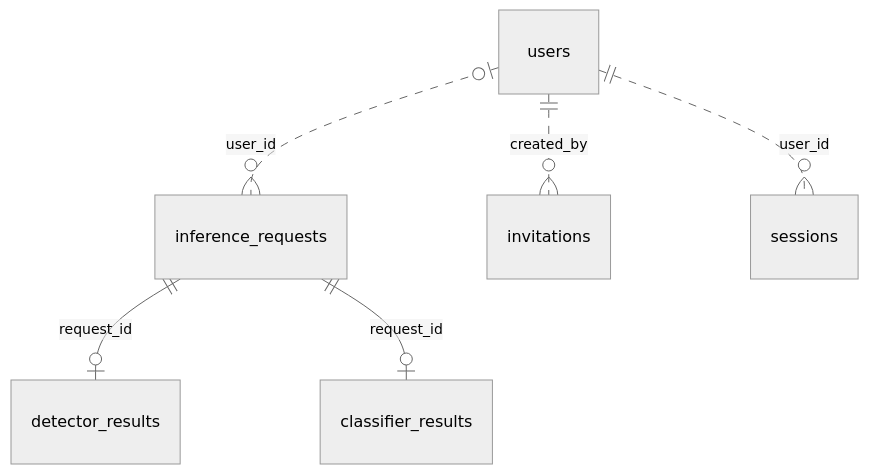
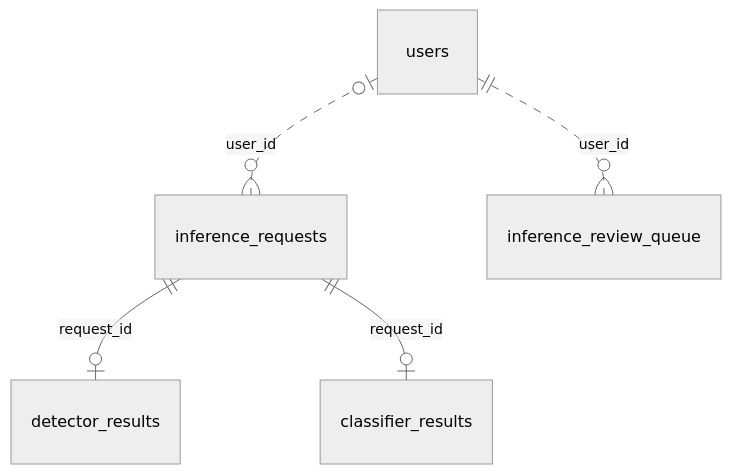
The diagram in infra/mlops/db/README.md (1230seongjun/ksdd2-mlops), drawn with Mermaid (neutral theme) before and after one commit. The commit also changed other lines of this file, not shown here.

````diff
--- a/infra/mlops/db/README.md
+++ b/infra/mlops/db/README.md
@@ -42,8 +56,7 @@
 ```mermaid
 erDiagram
     users |o..o{ inference_requests : user_id
     inference_requests ||--o| detector_results : request_id
     inference_requests ||--o| classifier_results : request_id
-    users ||..o{ invitations : created_by
-    users ||..o{ sessions : user_id
+    users ||..o{ inference_review_queue : user_id
 ```
````
